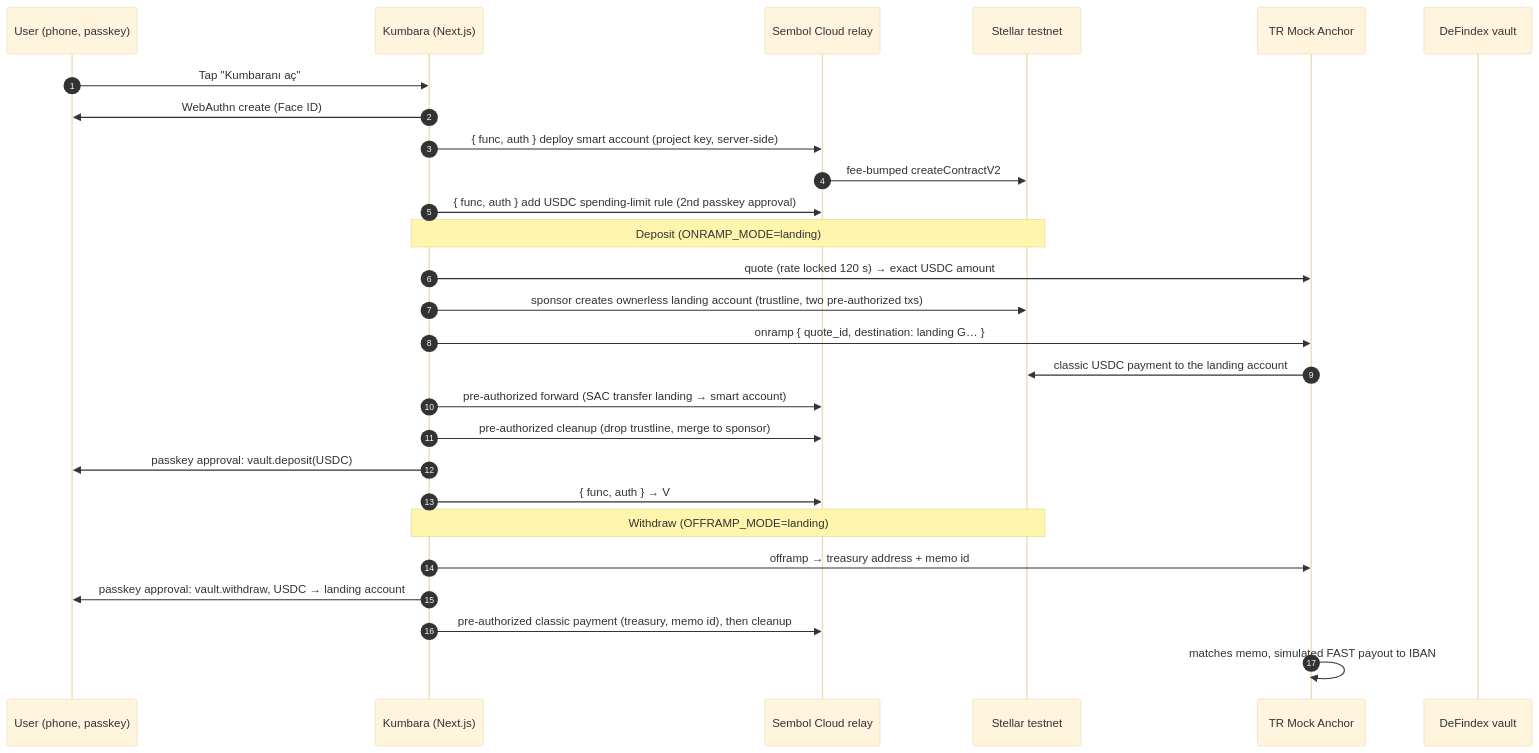
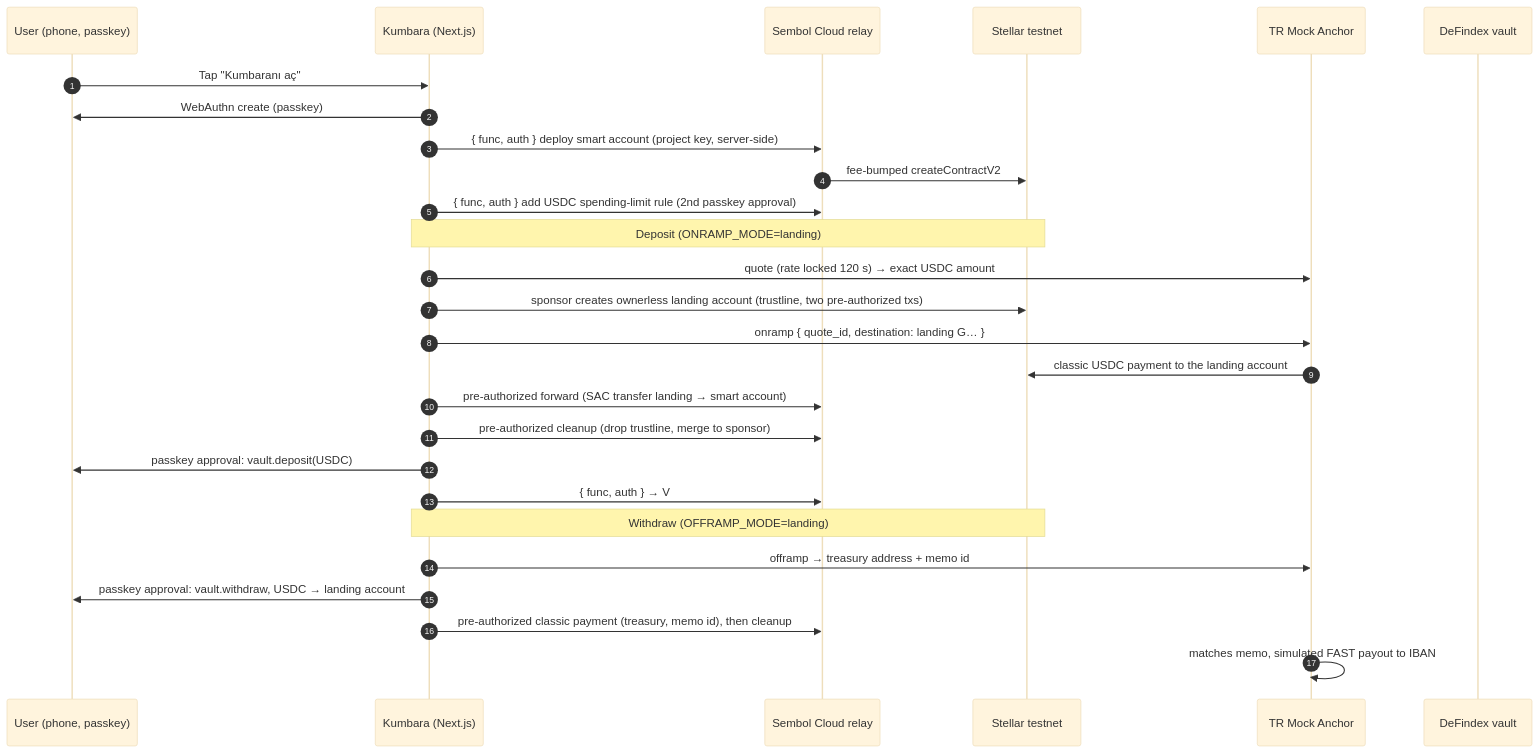
One commit to keyboord01/kumbara changed the diagram in README.md. Above: the diagram before and after it, drawn with Mermaid (base theme). The commit also changed other lines of this file and 11 other files, not shown here.

````diff
--- a/README.md
+++ b/README.md
@@ -23,30 +23,30 @@
 ```mermaid
 sequenceDiagram
   autonumber
   participant U as User (phone, passkey)
   participant K as Kumbara (Next.js)
   participant R as Sembol Cloud relay
   participant S as Stellar testnet
   participant A as TR Mock Anchor
   participant V as DeFindex vault
 
   U->>K: Tap "Kumbaranı aç"
-  K->>U: WebAuthn create (Face ID)
+  K->>U: WebAuthn create (passkey)
   K->>R: { func, auth } deploy smart account (project key, server-side)
   R->>S: fee-bumped createContractV2
   K->>R: { func, auth } add USDC spending-limit rule (2nd passkey approval)
   Note over K,S: Deposit (ONRAMP_MODE=landing)
   K->>A: quote (rate locked 120 s) → exact USDC amount
   K->>S: sponsor creates ownerless landing account (trustline, two pre-authorized txs)
   K->>A: onramp { quote_id, destination: landing G… }
   A->>S: classic USDC payment to the landing account
   K->>R: pre-authorized forward (SAC transfer landing → smart account)
   K->>R: pre-authorized cleanup (drop trustline, merge to sponsor)
   K->>U: passkey approval: vault.deposit(USDC)
   K->>R: { func, auth } → V
   Note over K,S: Withdraw (OFFRAMP_MODE=landing)
   K->>A: offramp → treasury address + memo id
   K->>U: passkey approval: vault.withdraw, USDC → landing account
   K->>R: pre-authorized classic payment (treasury, memo id), then cleanup
   A->>A: matches memo, simulated FAST payout to IBAN
 ```
````
